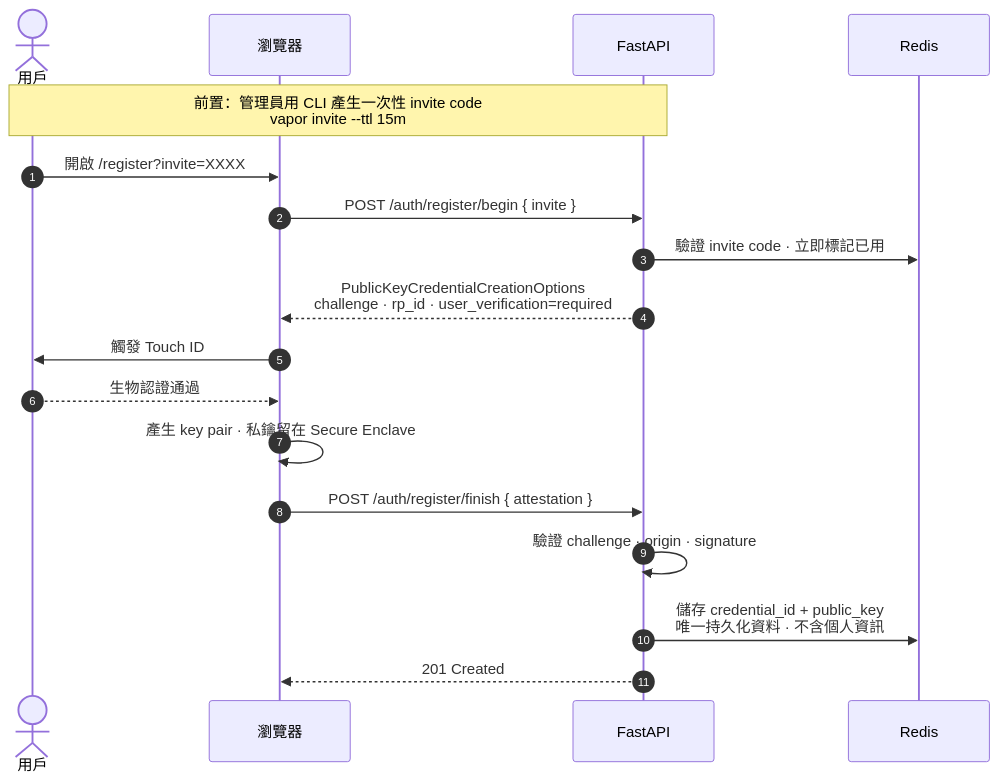
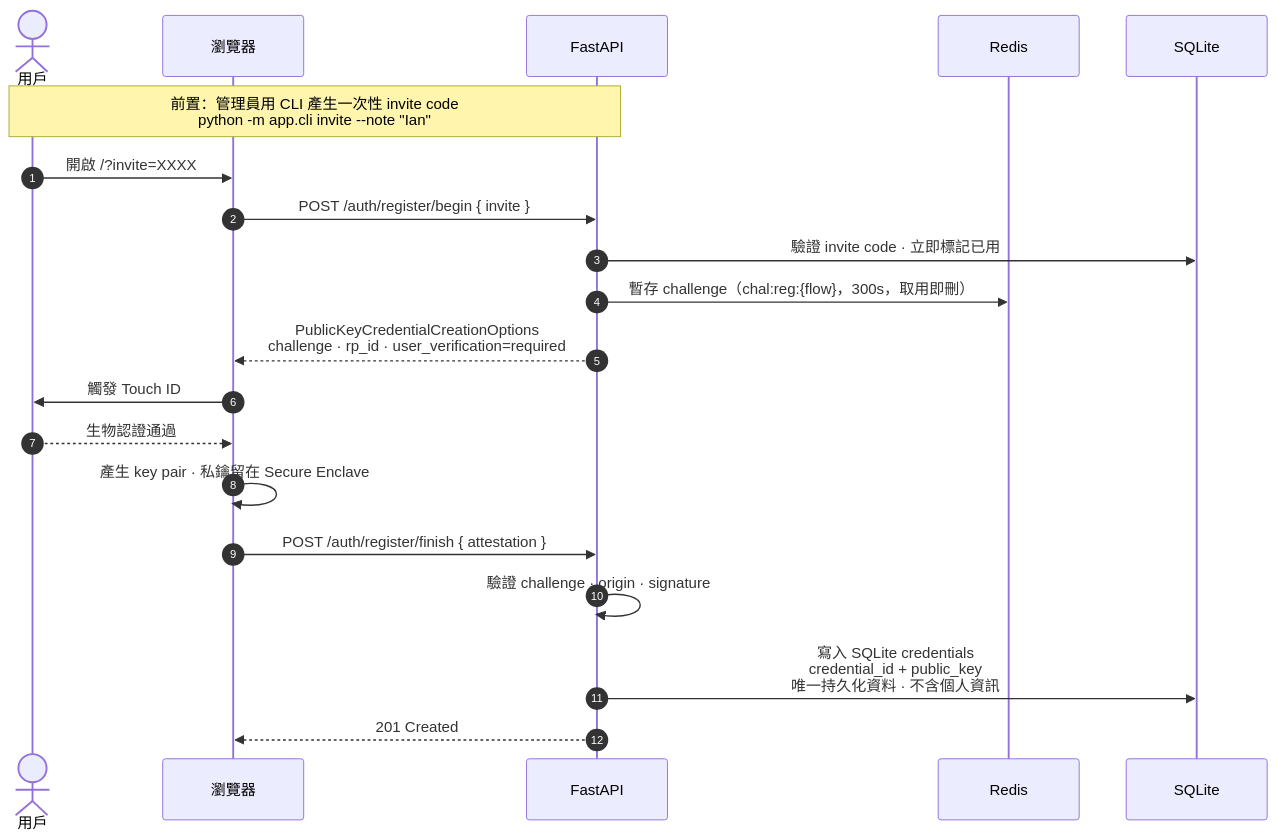
One commit to tonylnng/VaporDrop changed the third of 11 diagrams in README.md. Above: the diagram before and after it, drawn with Mermaid. The commit also changed other lines of this file and 32 other files, not shown here.

````diff
--- a/README.md
+++ b/README.md
@@ -113,21 +113,23 @@
 ```mermaid
 sequenceDiagram
     autonumber
     actor U as 用戶
     participant B as 瀏覽器
     participant A as FastAPI
     participant R as Redis
+    participant D as SQLite
 
-    Note over U,A: 前置：管理員用 CLI 產生一次性 invite code<br/>vapor invite --ttl 15m
-    U->>B: 開啟 /register?invite=XXXX
+    Note over U,A: 前置：管理員用 CLI 產生一次性 invite code<br/>python -m app.cli invite --note "Ian"
+    U->>B: 開啟 /?invite=XXXX
     B->>A: POST /auth/register/begin { invite }
-    A->>R: 驗證 invite code · 立即標記已用
+    A->>D: 驗證 invite code · 立即標記已用
+    A->>R: 暫存 challenge（chal:reg:{flow}，300s，取用即刪）
     A-->>B: PublicKeyCredentialCreationOptions<br/>challenge · rp_id · user_verification=required
     B->>U: 觸發 Touch ID
     U-->>B: 生物認證通過
     B->>B: 產生 key pair · 私鑰留在 Secure Enclave
     B->>A: POST /auth/register/finish { attestation }
     A->>A: 驗證 challenge · origin · signature
-    A->>R: 儲存 credential_id + public_key<br/>唯一持久化資料 · 不含個人資訊
+    A->>D: 寫入 SQLite credentials<br/>credential_id + public_key<br/>唯一持久化資料 · 不含個人資訊
     A-->>B: 201 Created
 ```
````
